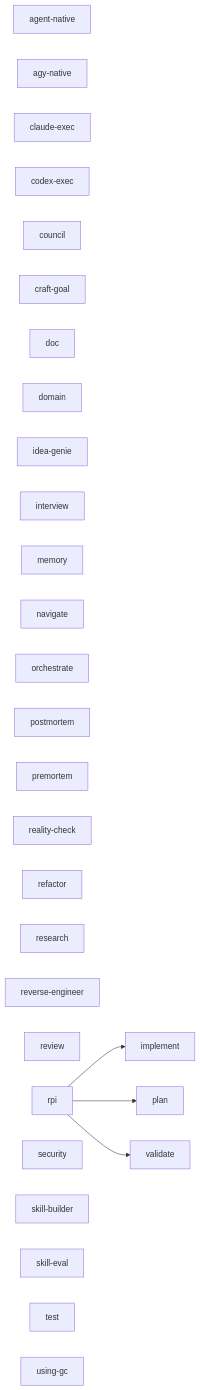
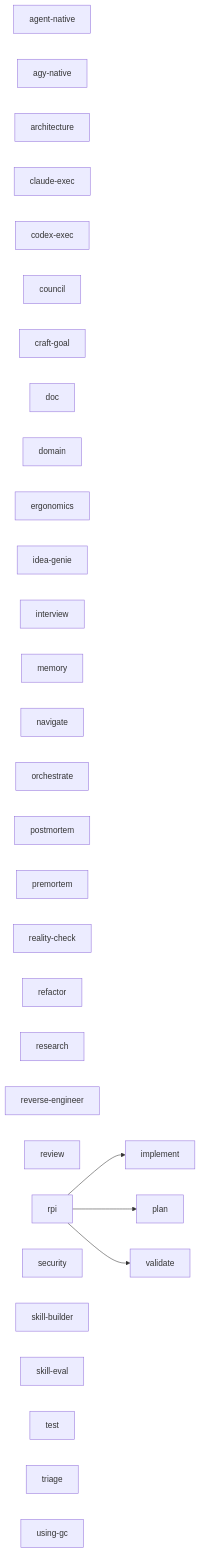
Before and after one commit to boshu2/agentops: the diagram in docs/reference/agentops-skill-graph.md, drawn with Mermaid. The commit also changed 52 other files, not shown here.

First line of the commit message:
feat(skills): add triage, architecture and ergonomics; enrich ten owners

````diff
--- a/docs/reference/agentops-skill-graph.md
+++ b/docs/reference/agentops-skill-graph.md
@@ -5,35 +5,38 @@
 ```mermaid
 graph LR
   agent_native["agent-native"]
   agy_native["agy-native"]
+  architecture["architecture"]
   claude_exec["claude-exec"]
   codex_exec["codex-exec"]
   council["council"]
   craft_goal["craft-goal"]
   doc["doc"]
   domain["domain"]
+  ergonomics["ergonomics"]
   idea_genie["idea-genie"]
   implement["implement"]
   interview["interview"]
   memory["memory"]
   navigate["navigate"]
   orchestrate["orchestrate"]
   plan["plan"]
   postmortem["postmortem"]
   premortem["premortem"]
   reality_check["reality-check"]
   refactor["refactor"]
   research["research"]
   reverse_engineer["reverse-engineer"]
   review["review"]
   rpi["rpi"]
   security["security"]
   skill_builder["skill-builder"]
   skill_eval["skill-eval"]
   test["test"]
+  triage["triage"]
   using_gc["using-gc"]
   validate["validate"]
   rpi --> implement
   rpi --> plan
   rpi --> validate
 ```
````
